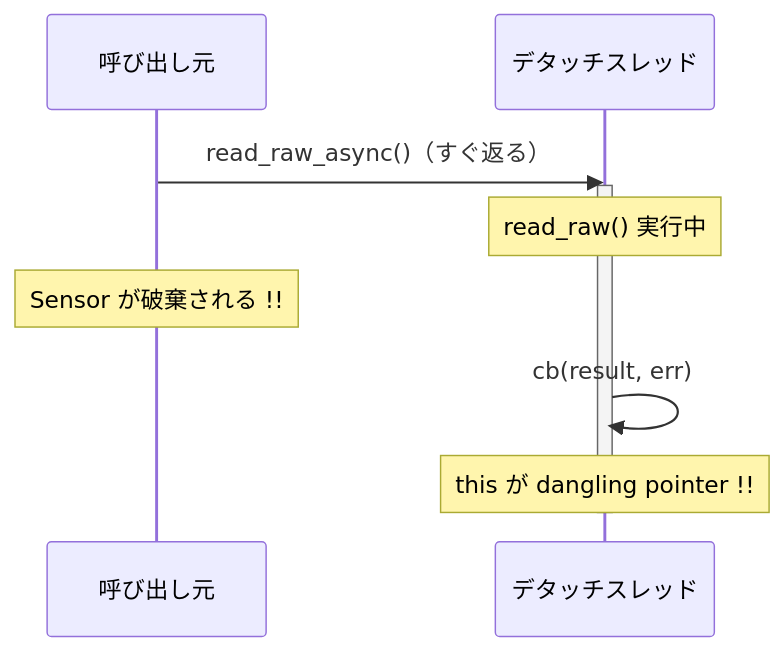
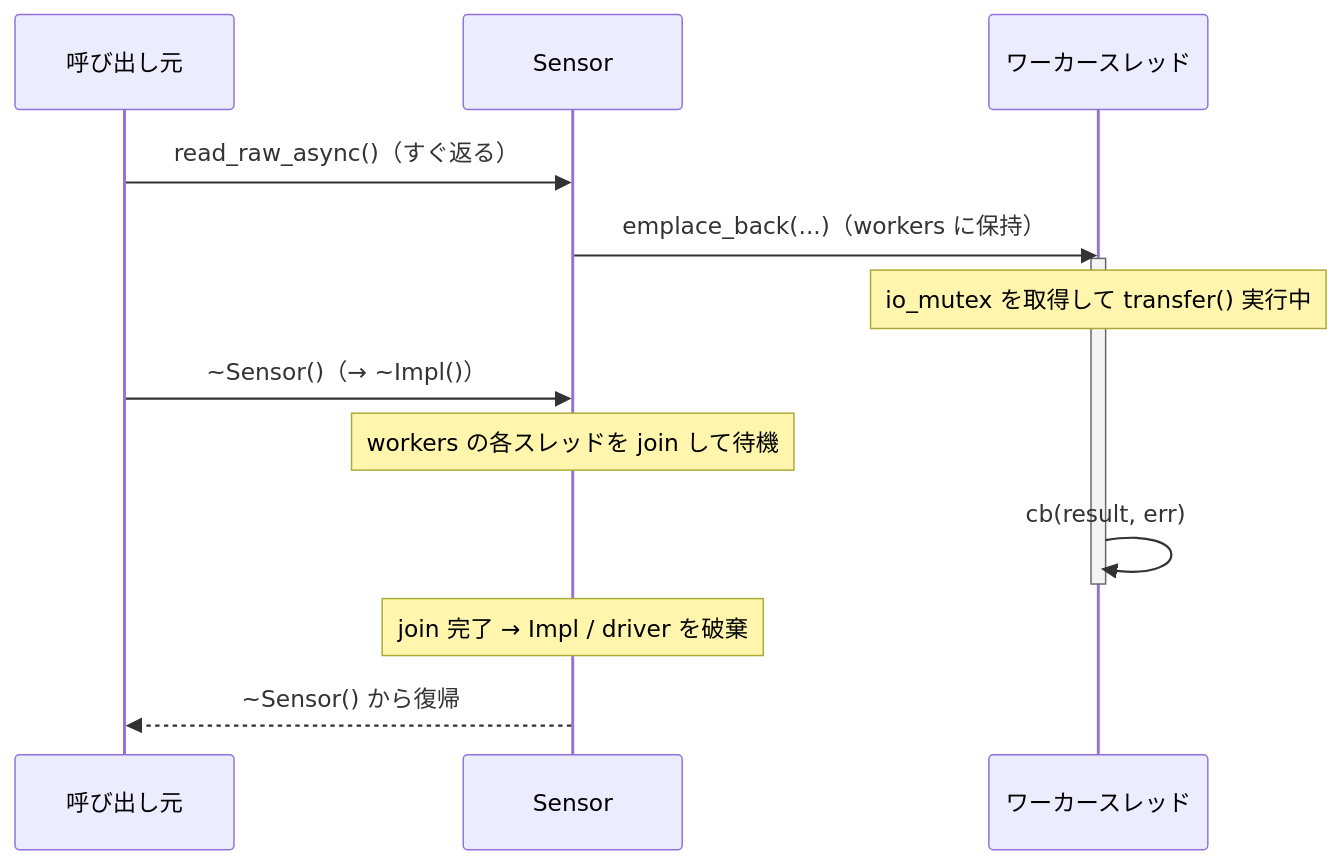
Before and after one commit to asiball/private-test-cpp-project: the second of 3 diagrams in docs/deliverables/03_detailed-design/libsensor-design.md, drawn with Mermaid. The commit also changed other lines of this file and 2 other files, not shown here.

First line of the commit message:
docs: read_raw_async の join 方式・unique_ptr 所有・SPI リトライ回数を実装に同期

````diff
--- a/docs/deliverables/03_detailed-design/libsensor-design.md
+++ b/docs/deliverables/03_detailed-design/libsensor-design.md
@@ -191,12 +212,16 @@
 ```mermaid
 sequenceDiagram
     participant Caller as 呼び出し元
-    participant Thread as デタッチスレッド
-    Caller->>Thread: read_raw_async()（すぐ返る）
-    activate Thread
-    Note over Thread: read_raw() 実行中
-    Note over Caller: Sensor が破棄される !!
-    Thread->>Thread: cb(result, err)
-    Note over Thread: this が dangling pointer !!
-    deactivate Thread
+    participant Sensor
+    participant Worker as ワーカースレッド
+    Caller->>Sensor: read_raw_async()（すぐ返る）
+    Sensor->>Worker: emplace_back(...)（workers に保持）
+    activate Worker
+    Note over Worker: io_mutex を取得して transfer() 実行中
+    Caller->>Sensor: ~Sensor()（→ ~Impl()）
+    Note over Sensor: workers の各スレッドを join して待機
+    Worker->>Worker: cb(result, err)
+    deactivate Worker
+    Note over Sensor: join 完了 → Impl / driver を破棄
+    Sensor-->>Caller: ~Sensor() から復帰
 ```
````
